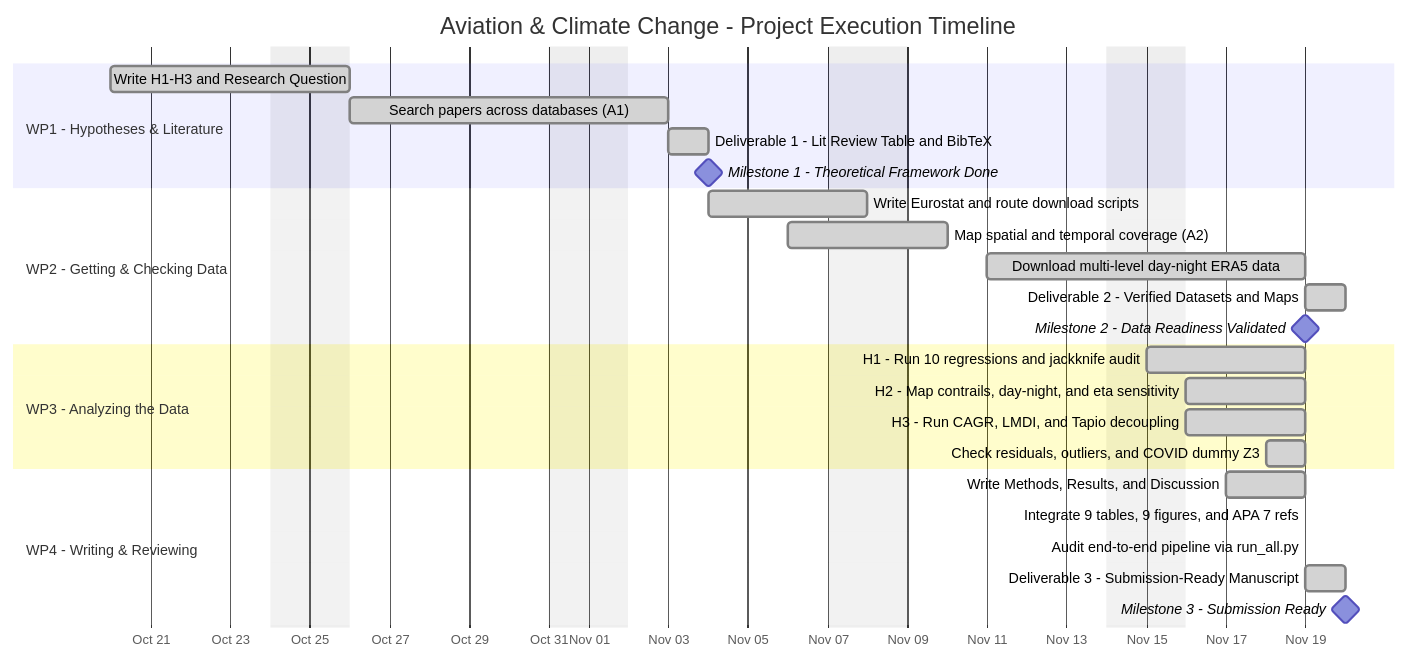
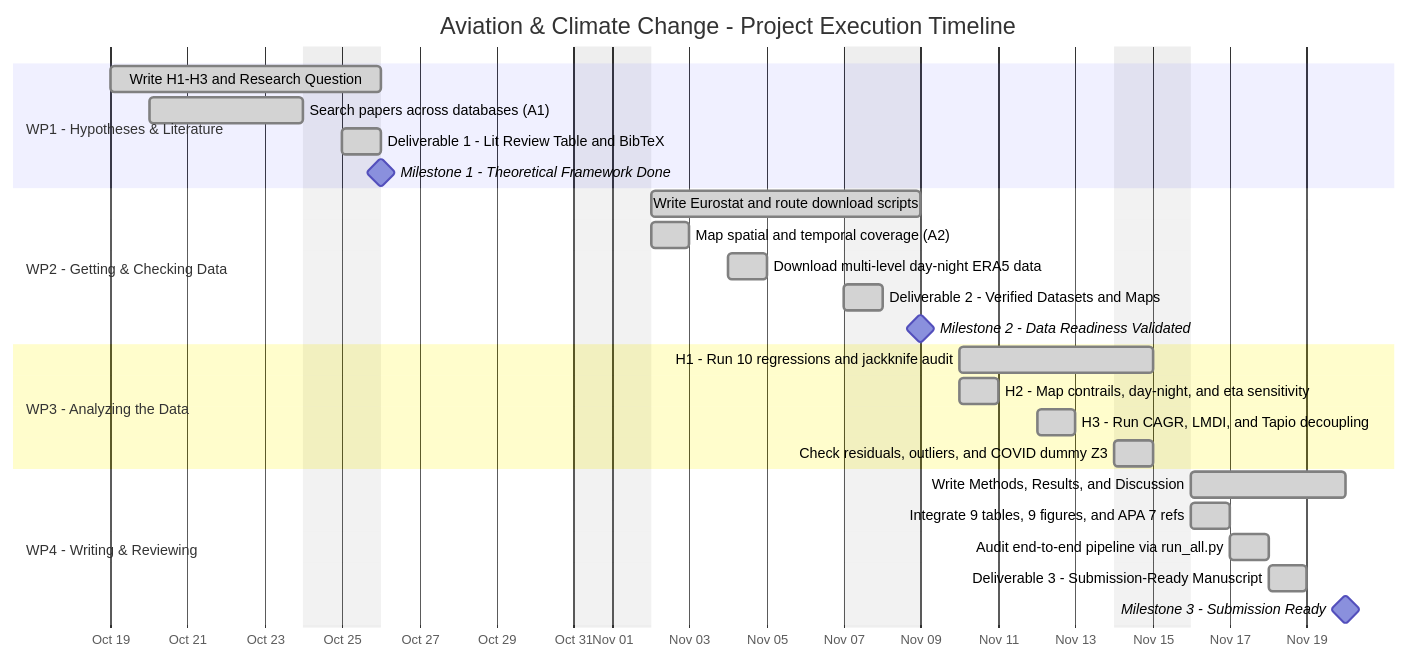
One commit to SanRoy-9/Aviation_and_Climate_Change changed the second of 3 diagrams in README.md. Above: the diagram before and after it, drawn with Mermaid. The commit also changed other lines of this file, not shown here.

Commit message:
Revise task dates and milestones in README
Updated task dates and milestones for various work packages.

````diff
--- a/README.md
+++ b/README.md
@@ -139,29 +139,29 @@
 ```mermaid
 gantt
     title Aviation & Climate Change - Project Execution Timeline
     dateFormat YYYY-MM-DD
     axisFormat  %b %d
     excludes    weekends
     section WP1 - Hypotheses & Literature
-    Write H1-H3 and Research Question :done, wp1_1, 2026-10-20, 2026-10-26
-    Search papers across databases (A1) :done, wp1_2, 2026-10-26, 2026-11-03
-    Deliverable 1 - Lit Review Table and BibTeX :done, d1, 2026-11-03, 1d
-    Milestone 1 - Theoretical Framework Done :milestone, m1, 2026-11-04, 0d
+    Write H1-H3 and Research Question :done, wp1_1, 2026-10-19, 2026-10-26
+    Search papers across databases (A1) :done, wp1_2, 2026-10-20, 2026-10-24
+    Deliverable 1 - Lit Review Table and BibTeX :done, d1, 2026-10-25, 1d
+    Milestone 1 - Theoretical Framework Done :milestone, m1, 2026-10-26, 0d
     section WP2 - Getting & Checking Data
-    Write Eurostat and route download scripts :done, wp2_1, 2026-11-04, 2026-11-08
-    Map spatial and temporal coverage (A2) :done, wp2_2, 2026-11-06, 2026-11-10
-    Download multi-level day-night ERA5 data :done, wp2_3, 2026-11-11, 2026-11-19
-    Deliverable 2 - Verified Datasets and Maps :done, d2, 2026-11-19, 1d
-    Milestone 2 - Data Readiness Validated :milestone, m2, 2026-11-19, 0d
+    Write Eurostat and route download scripts :done, wp2_1, 2026-11-02, 2026-11-09
+    Map spatial and temporal coverage (A2) :done, wp2_2, 2026-11-02, 2026-11-03
+    Download multi-level day-night ERA5 data :done, wp2_3, 2026-11-04, 2026-11-05
+    Deliverable 2 - Verified Datasets and Maps :done, d2, 2026-11-07, 1d
+    Milestone 2 - Data Readiness Validated :milestone, m2, 2026-11-09, 0d
     section WP3 - Analyzing the Data
-    H1 - Run 10 regressions and jackknife audit :done, wp3_1, 2026-11-15, 2026-11-19
-    H2 - Map contrails, day-night, and eta sensitivity :done, wp3_2, 2026-11-16, 2026-11-19
-    H3 - Run CAGR, LMDI, and Tapio decoupling :done, wp3_3, 2026-11-16, 2026-11-19
-    Check residuals, outliers, and COVID dummy Z3 :done, wp3_4, 2026-11-18, 2026-11-19
+    H1 - Run 10 regressions and jackknife audit :done, wp3_1, 2026-11-10, 2026-11-15
+    H2 - Map contrails, day-night, and eta sensitivity :done, wp3_2, 2026-11-10, 2026-11-11
+    H3 - Run CAGR, LMDI, and Tapio decoupling :done, wp3_3, 2026-11-12, 2026-11-13
+    Check residuals, outliers, and COVID dummy Z3 :done, wp3_4, 2026-11-14, 2026-11-15
     section WP4 - Writing & Reviewing
-    Write Methods, Results, and Discussion :done, wp4_1, 2026-11-17, 2026-11-19
-    Integrate 9 tables, 9 figures, and APA 7 refs :done, wp4_2, 2026-11-19, 2026-11-19
-    Audit end-to-end pipeline via run_all.py :done, wp4_3, 2026-11-19, 2026-11-19
-    Deliverable 3 - Submission-Ready Manuscript :done, d3, 2026-11-19, 1d
+    Write Methods, Results, and Discussion :done, wp4_1, 2026-11-16, 2026-11-20
+    Integrate 9 tables, 9 figures, and APA 7 refs :done, wp4_2, 2026-11-16, 2026-11-17
+    Audit end-to-end pipeline via run_all.py :done, wp4_3, 2026-11-17, 2026-11-18
+    Deliverable 3 - Submission-Ready Manuscript :done, d3, 2026-11-18, 1d
     Milestone 3 - Submission Ready :milestone, m3, 2026-11-20, 0d
 ```
````
